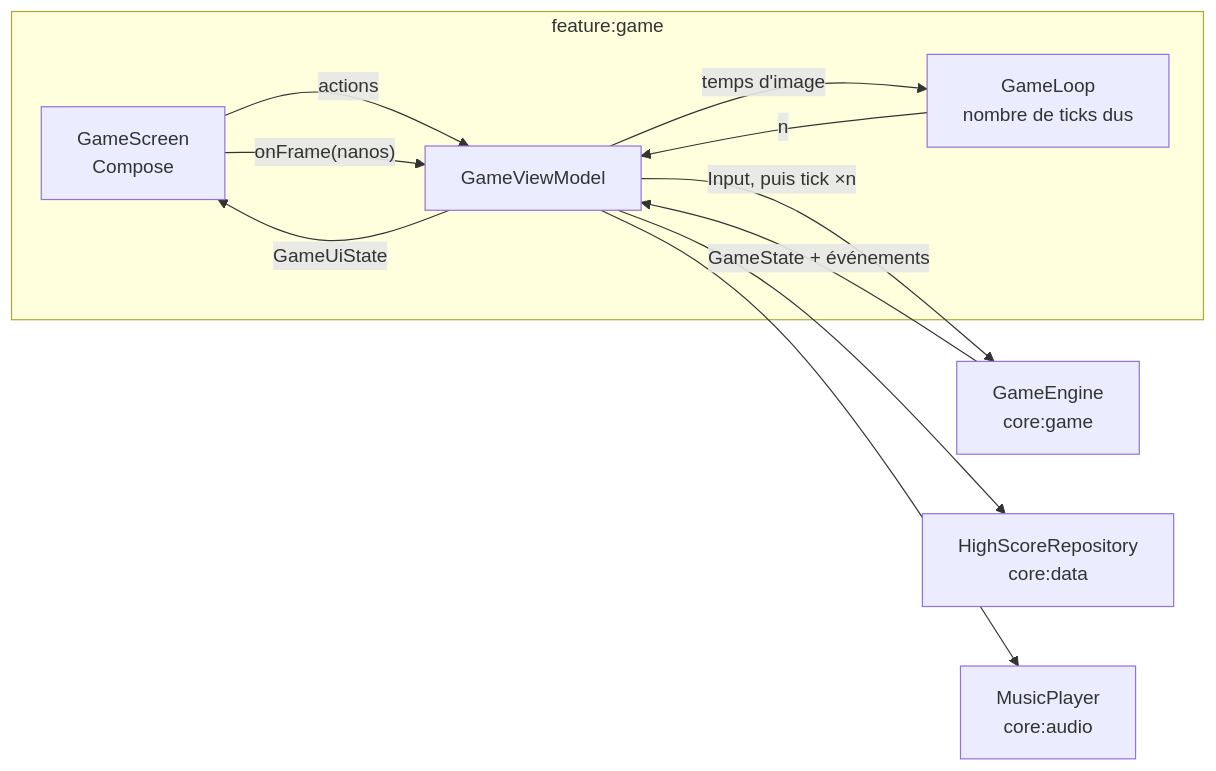
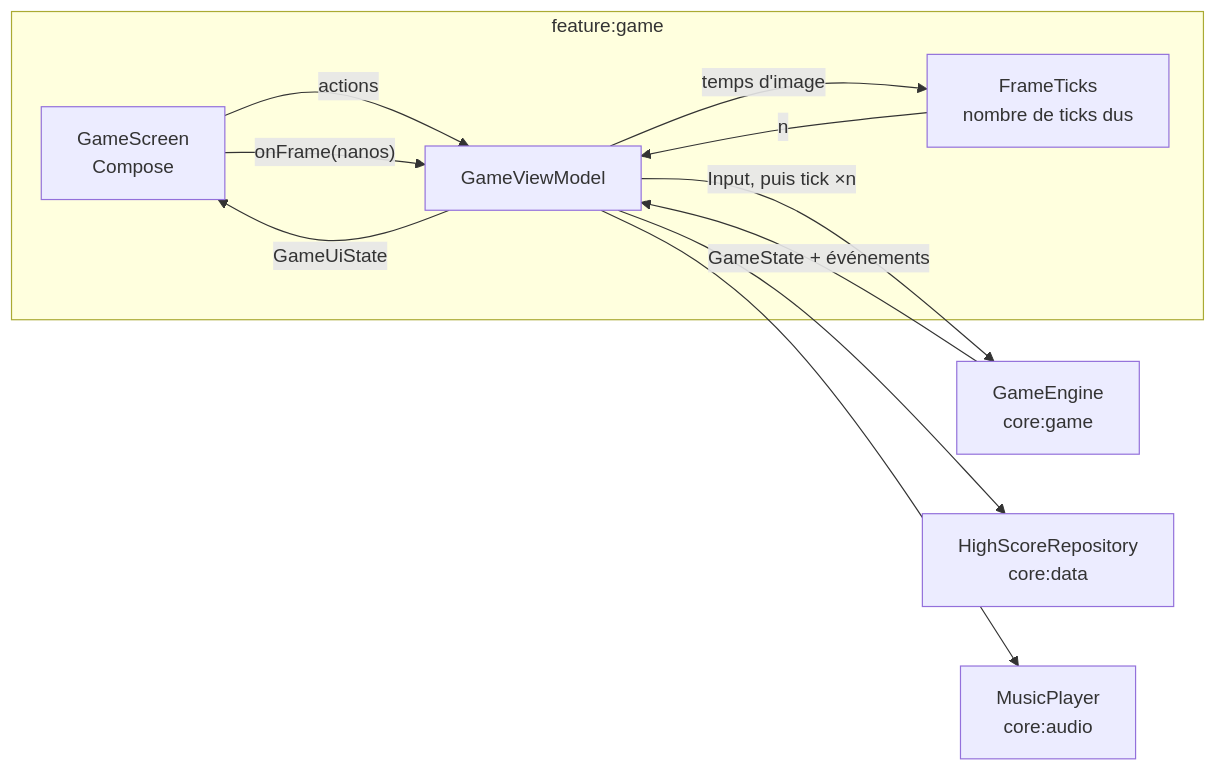
The second of 2 diagrams in docs/architecture.md (magori/blox), drawn with Mermaid before and after one commit. The commit also changed other lines of this file and 5 other files, not shown here.

First line of the commit message:
📝 docs(architecture): horloge d'images partagée, ADR 0012 amendé, cocher P5.44

````diff
--- a/docs/architecture.md
+++ b/docs/architecture.md
@@ -83,14 +83,14 @@
 ```mermaid
 graph LR
     subgraph featureGame [feature:game]
         Screen[GameScreen<br/>Compose] -- actions --> VM[GameViewModel]
         VM -- GameUiState --> Screen
         Screen -- onFrame(nanos) --> VM
-        VM -- temps d'image --> Loop[GameLoop<br/>nombre de ticks dus]
+        VM -- temps d'image --> Loop[FrameTicks<br/>nombre de ticks dus]
         Loop -- n --> VM
     end
     VM -- Input, puis tick ×n --> Engine[GameEngine<br/>core:game]
     Engine -- GameState + événements --> VM
     VM --> Repo[HighScoreRepository<br/>core:data]
     VM --> Music[MusicPlayer<br/>core:audio]
 ```
````
